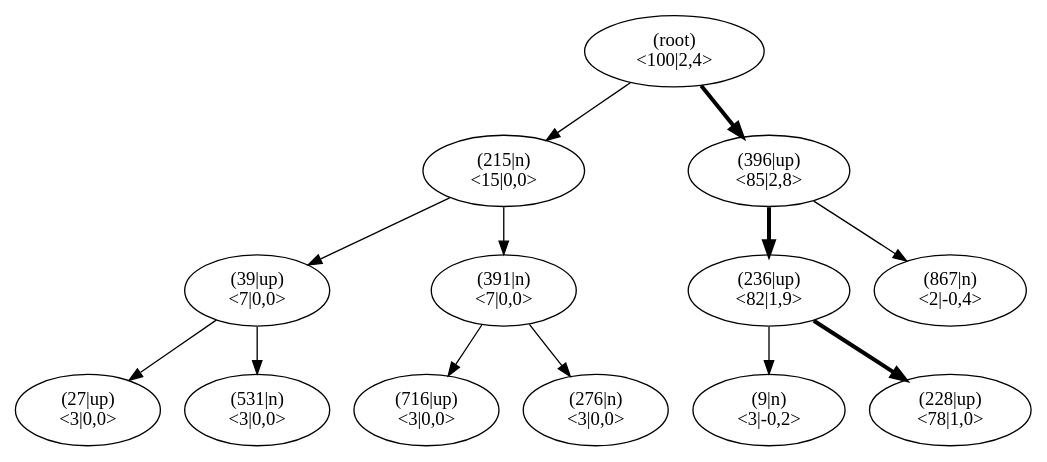
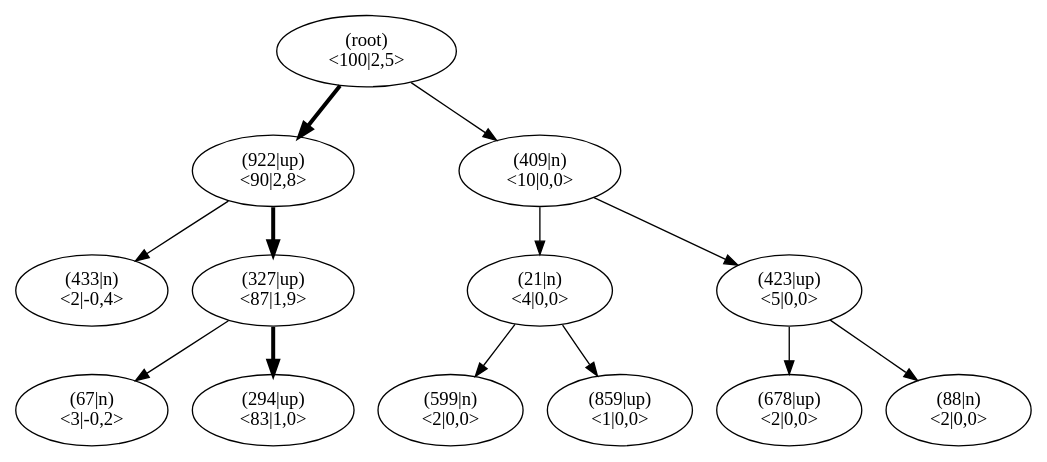
The diagram in pictures/ch13/jumper_test_mcts.dot (JonasHellgren/relexp-java), drawn with Graphviz before and after one commit. The commit also changed 11 other files, not shown here.

```diff
--- a/pictures/ch13/jumper_test_mcts.dot
+++ b/pictures/ch13/jumper_test_mcts.dot
@@ -1,41 +1,41 @@
 digraph MCTS {
 node [shape=ellipse];
 Nroot [label="(root)
-<100|2,4>"];
-Nroot -> N215[penwidth=1];
-N215 [label="(215|n)
-<15|0,0>"];
-N215 -> N39[penwidth=1];
-N39 [label="(39|up)
-<7|0,0>"];
-N39 -> N27[penwidth=1];
-N27 [label="(27|up)
-<3|0,0>"];
-N39 -> N531[penwidth=1];
-N531 [label="(531|n)
-<3|0,0>"];
-N215 -> N391[penwidth=1];
-N391 [label="(391|n)
-<7|0,0>"];
-N391 -> N716[penwidth=1];
-N716 [label="(716|up)
-<3|0,0>"];
-N391 -> N276[penwidth=1];
-N276 [label="(276|n)
-<3|0,0>"];
-Nroot -> N396[penwidth=3];
-N396 [label="(396|up)
-<85|2,8>"];
-N396 -> N236[penwidth=3];
-N236 [label="(236|up)
-<82|1,9>"];
-N236 -> N9[penwidth=1];
-N9 [label="(9|n)
+<100|2,5>"];
+Nroot -> N922[penwidth=3];
+N922 [label="(922|up)
+<90|2,8>"];
+N922 -> N433[penwidth=1];
+N433 [label="(433|n)
+<2|-0,4>"];
+N922 -> N327[penwidth=3];
+N327 [label="(327|up)
+<87|1,9>"];
+N327 -> N67[penwidth=1];
+N67 [label="(67|n)
 <3|-0,2>"];
-N236 -> N228[penwidth=3];
-N228 [label="(228|up)
-<78|1,0>"];
-N396 -> N867[penwidth=1];
-N867 [label="(867|n)
-<2|-0,4>"];
+N327 -> N294[penwidth=3];
+N294 [label="(294|up)
+<83|1,0>"];
+Nroot -> N409[penwidth=1];
+N409 [label="(409|n)
+<10|0,0>"];
+N409 -> N21[penwidth=1];
+N21 [label="(21|n)
+<4|0,0>"];
+N21 -> N599[penwidth=1];
+N599 [label="(599|n)
+<2|0,0>"];
+N21 -> N859[penwidth=1];
+N859 [label="(859|up)
+<1|0,0>"];
+N409 -> N423[penwidth=1];
+N423 [label="(423|up)
+<5|0,0>"];
+N423 -> N678[penwidth=1];
+N678 [label="(678|up)
+<2|0,0>"];
+N423 -> N88[penwidth=1];
+N88 [label="(88|n)
+<2|0,0>"];
 }
```
